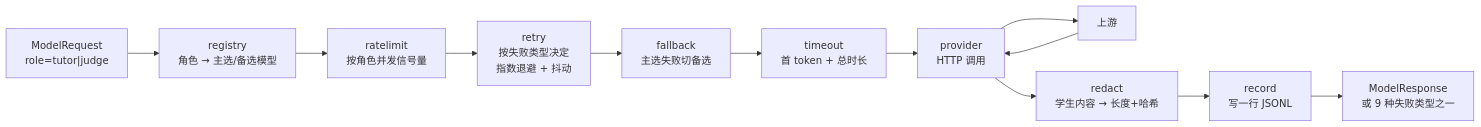
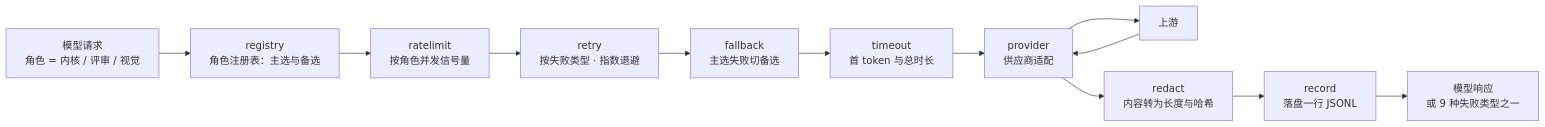
The fifth of 6 diagrams in docs/plan/03-architecture.md (DeepDreamerLSC/edu-agent), drawn with Mermaid before and after one commit. The commit also changed other lines of this file, not shown here.

First line of the commit message:
docs(plan): 03 整体架构图 M2 收尾对齐 —— 五视图 + 隐形契约清单

````diff
--- a/docs/plan/03-architecture.md
+++ b/docs/plan/03-architecture.md
@@ -78,14 +168,14 @@
 ```mermaid
 flowchart LR
-    Req["ModelRequest<br/>role=tutor|judge"] --> Reg["registry<br/>角色 → 主选/备选模型"]
+    Req["模型请求<br/>角色 = 内核 / 评审 / 视觉"] --> Reg["registry<br/>角色注册表：主选与备选"]
     Reg --> RL["ratelimit<br/>按角色并发信号量"]
-    RL --> RT["retry<br/>按失败类型决定<br/>指数退避 + 抖动"]
+    RL --> RT["retry<br/>按失败类型 · 指数退避"]
     RT --> FB["fallback<br/>主选失败切备选"]
-    FB --> TO["timeout<br/>首 token + 总时长"]
-    TO --> P["provider<br/>HTTP 调用"]
+    FB --> TO["timeout<br/>首 token 与总时长"]
+    TO --> P["provider<br/>供应商适配"]
     P --> Up["上游"]
     Up --> P
-    P --> RD["redact<br/>学生内容 → 长度+哈希"]
-    RD --> RC["record<br/>写一行 JSONL"]
-    RC --> Resp["ModelResponse<br/>或 9 种失败类型之一"]
+    P --> RD["redact<br/>内容转为长度与哈希"]
+    RD --> RC["record<br/>落盘一行 JSONL"]
+    RC --> Resp["模型响应<br/>或 9 种失败类型之一"]
 ```
````
